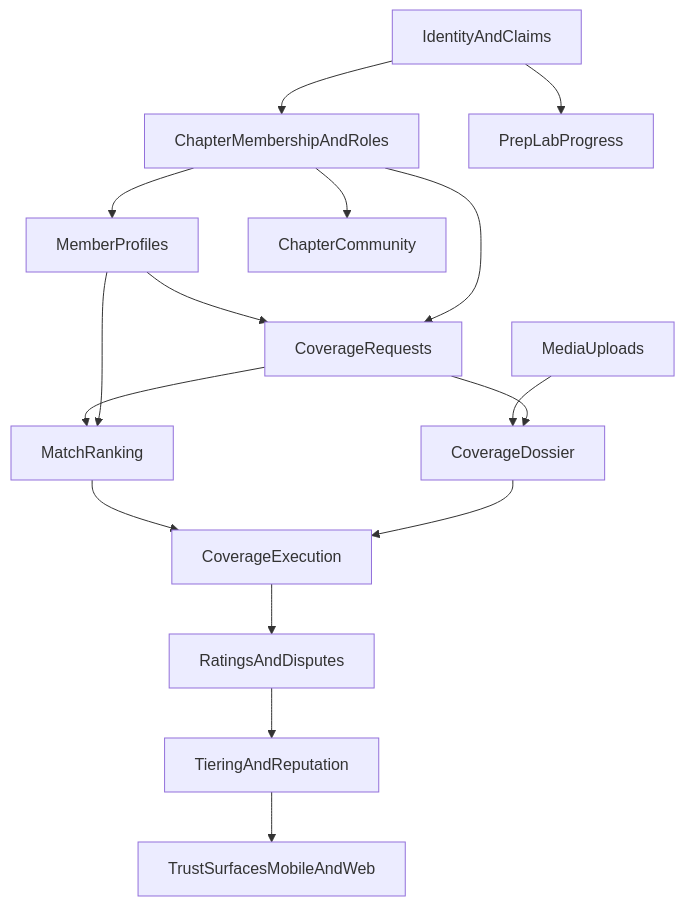
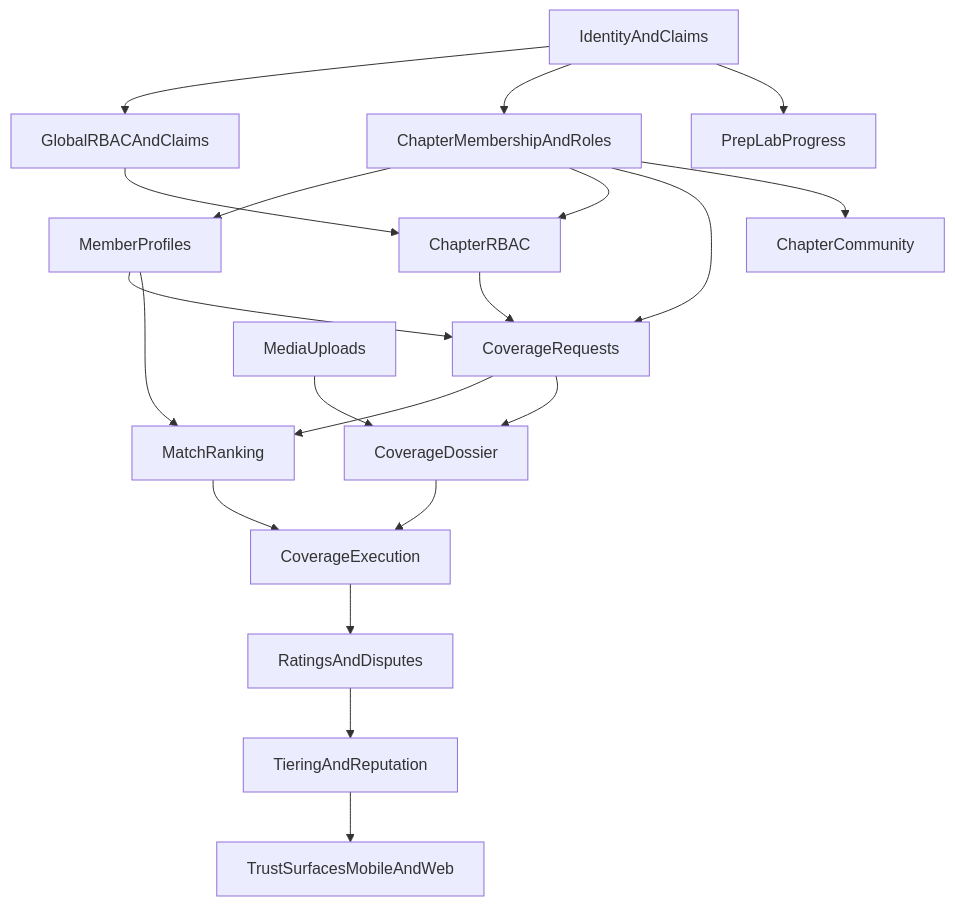
The third of 3 diagrams in docs/planning/IPSSA_Implementation_Stories_Backlog.md (bitcrafterapps/ipssa), drawn with Mermaid before and after one commit. The commit also changed other lines of this file and 10 other files, not shown here.

````diff
--- a/docs/planning/IPSSA_Implementation_Stories_Backlog.md
+++ b/docs/planning/IPSSA_Implementation_Stories_Backlog.md
@@ -130,18 +130,22 @@
 ```mermaid
 flowchart TD
-    Identity[IdentityAndClaims] --> ChapterMembership[ChapterMembershipAndRoles]
+    Identity[IdentityAndClaims] --> GlobalRBAC[GlobalRBACAndClaims]
+    Identity --> ChapterMembership[ChapterMembershipAndRoles]
     ChapterMembership --> MemberProfiles[MemberProfiles]
-    MemberProfiles --> CoverageRequests[CoverageRequests]
+    ChapterMembership --> ChapterRBAC[ChapterRBAC]
+    GlobalRBAC --> ChapterRBAC
+    ChapterRBAC --> CoverageRequests[CoverageRequests]
+    MemberProfiles --> CoverageRequests
     ChapterMembership --> CoverageRequests
     CoverageRequests --> MatchRanking[MatchRanking]
     MemberProfiles --> MatchRanking
     MediaUploads[MediaUploads] --> CoverageDossier[CoverageDossier]
     CoverageRequests --> CoverageDossier
     MatchRanking --> CoverageExecution[CoverageExecution]
     CoverageDossier --> CoverageExecution
     CoverageExecution --> Ratings[RatingsAndDisputes]
     Ratings --> Tiering[TieringAndReputation]
     Tiering --> TrustSurfaces[TrustSurfacesMobileAndWeb]
     ChapterMembership --> Community[ChapterCommunity]
     Identity --> PrepLab[PrepLabProgress]
 ```
````
